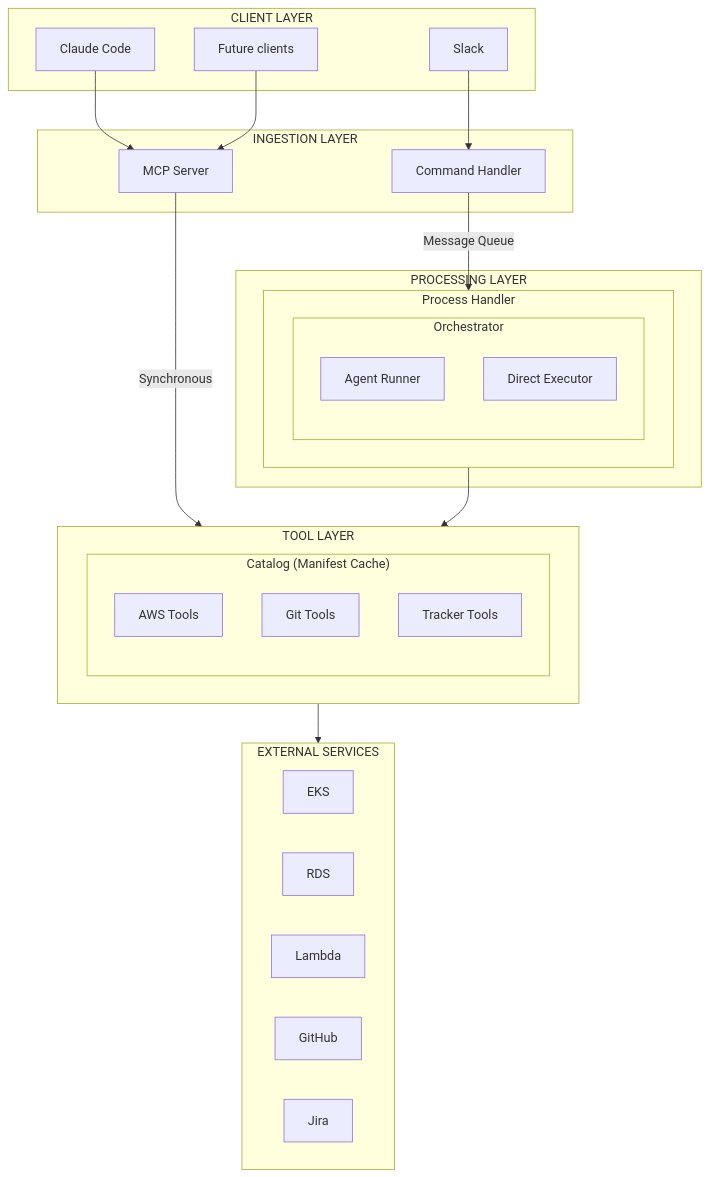
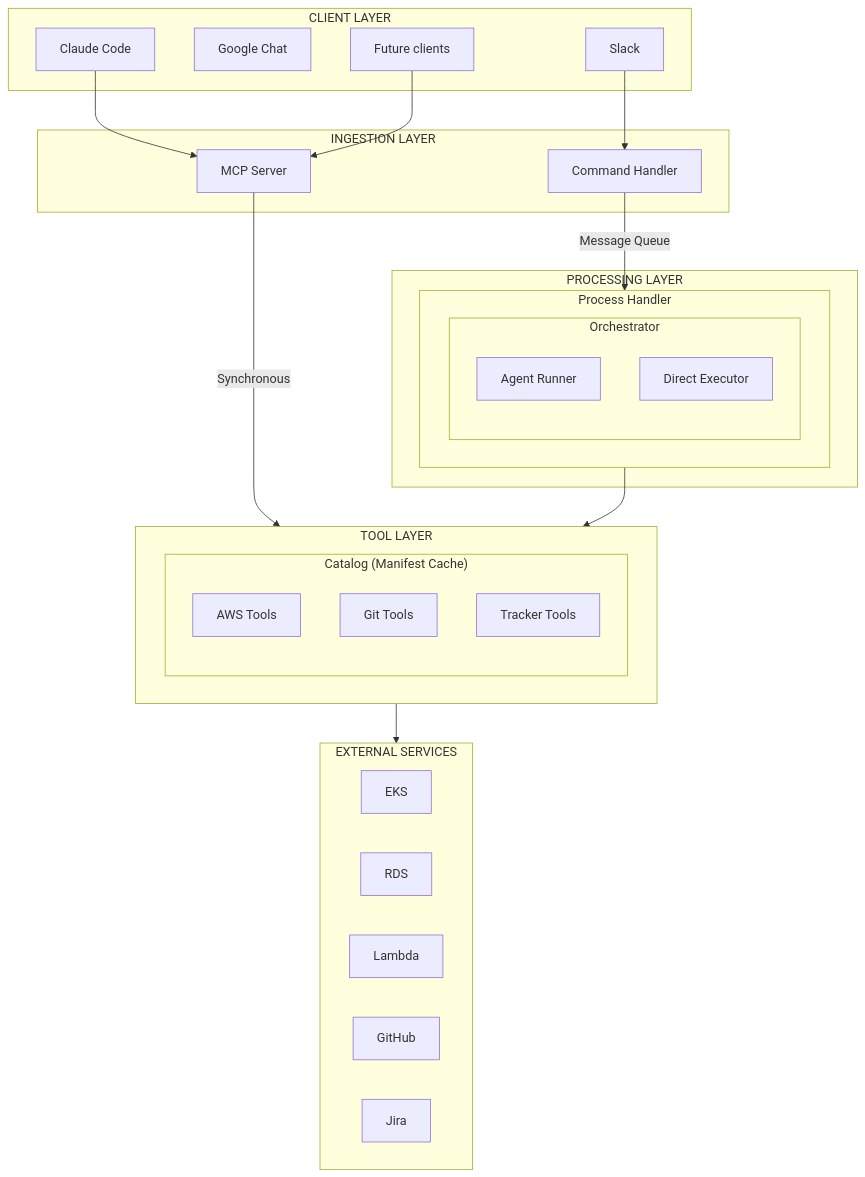
One commit to phbruce/agentrun changed diagram 23 of 31 in docs/book/agentrun-book.md. Above: the diagram before and after it, drawn with Mermaid. The commit also changed other lines of this file, not shown here.

````diff
--- a/docs/book/agentrun-book.md
+++ b/docs/book/agentrun-book.md
@@ -4020,46 +4021,47 @@
 ```mermaid
 flowchart TB
     subgraph CLIENTS["CLIENT LAYER"]
         Slack["Slack"]
+        GoogleChat["Google Chat"]
         ClaudeCode["Claude Code"]
         Future["Future clients"]
     end
 
     subgraph INGESTION["INGESTION LAYER"]
         CommandHandler["Command Handler"]
         MCPServer["MCP Server"]
     end
 
     subgraph PROCESSING["PROCESSING LAYER"]
         subgraph ProcessHandler["Process Handler"]
             subgraph Orchestrator["Orchestrator"]
                 AgentRunner["Agent Runner"]
                 DirectExecutor["Direct Executor"]
             end
         end
     end
 
     subgraph TOOLS["TOOL LAYER"]
         subgraph Catalog["Catalog (Manifest Cache)"]
             AWSTools["AWS Tools"]
             GitTools["Git Tools"]
             TrackerTools["Tracker Tools"]
         end
     end
 
     subgraph EXTERNAL["EXTERNAL SERVICES"]
         EKS["EKS"]
         RDS["RDS"]
         Lambda["Lambda"]
         GitHub["GitHub"]
         Jira["Jira"]
     end
 
     Slack --> CommandHandler
     ClaudeCode --> MCPServer
     Future --> MCPServer
     CommandHandler -- "Message Queue" --> ProcessHandler
     MCPServer -- "Synchronous" --> TOOLS
     ProcessHandler --> TOOLS
     TOOLS --> EXTERNAL
 ```
````
